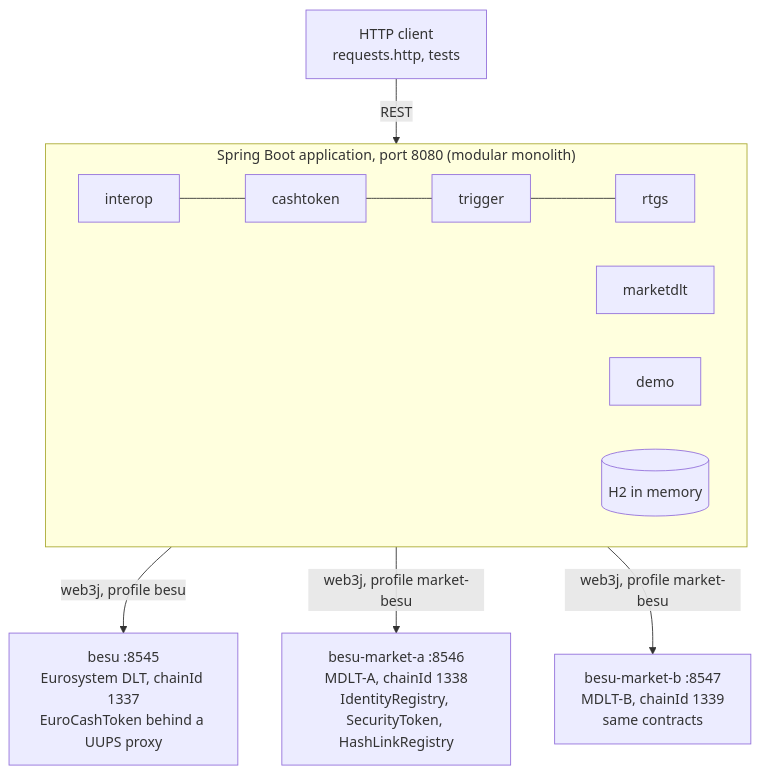
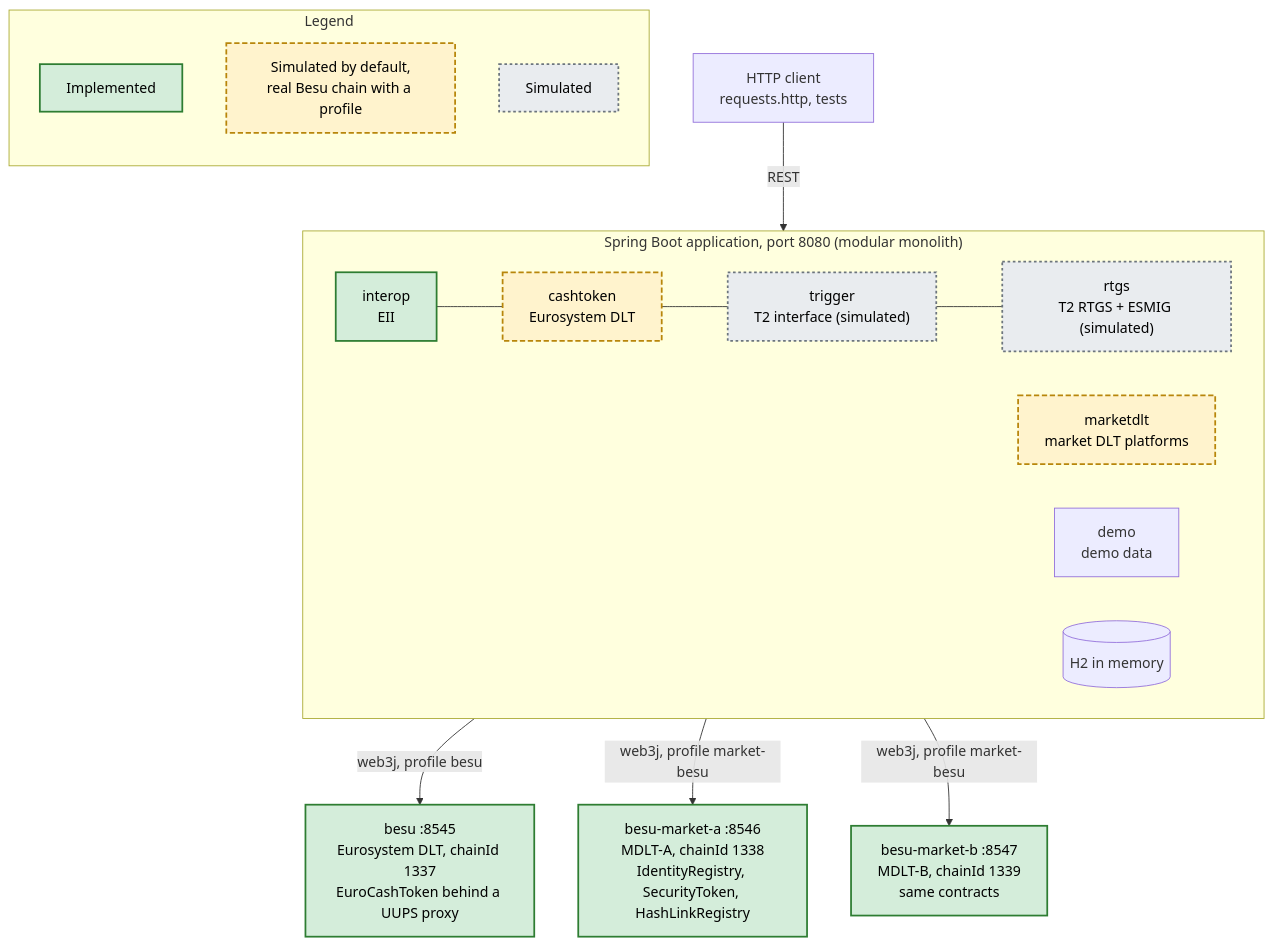
The second of 7 diagrams in README.md (Bonnai2112/pontes-dlt-settlement), drawn with Mermaid before and after one commit. The commit also changed other lines of this file, not shown here.

Commit message:
docs(readme): show simulated components in the architecture diagrams
Style each component as implemented, simulated by default with a Besu
profile, or simulated, and add a legend to both diagrams.

````diff
--- a/README.md
+++ b/README.md
@@ -82,19 +97,32 @@
 ```mermaid
 flowchart TB
     client["HTTP client<br/>requests.http, tests"]
     subgraph app["Spring Boot application, port 8080 (modular monolith)"]
         direction LR
-        interop["interop"] --- cashtoken["cashtoken"] --- trigger["trigger"] --- rtgs["rtgs"]
-        marketdlt["marketdlt"]
-        demo["demo"]
+        interop["interop<br/>EII"] --- cashtoken["cashtoken<br/>Eurosystem DLT"] --- trigger["trigger<br/>T2 interface (simulated)"] --- rtgs["rtgs<br/>T2 RTGS + ESMIG (simulated)"]
+        marketdlt["marketdlt<br/>market DLT platforms"]
+        demo["demo<br/>demo data"]
         h2[("H2 in memory")]
     end
     besu["besu :8545<br/>Eurosystem DLT, chainId 1337<br/>EuroCashToken behind a UUPS proxy"]
     ma["besu-market-a :8546<br/>MDLT-A, chainId 1338<br/>IdentityRegistry, SecurityToken, HashLinkRegistry"]
     mb["besu-market-b :8547<br/>MDLT-B, chainId 1339<br/>same contracts"]
+    subgraph legend["Legend"]
+        direction TB
+        l1["Implemented"]:::implemented
+        l2["Simulated by default,<br/>real Besu chain with a profile"]:::switchable
+        l3["Simulated"]:::simulated
+    end
 
     client -->|"REST"| app
     cashtoken -->|"web3j, profile besu"| besu
     marketdlt -->|"web3j, profile market-besu"| ma
     marketdlt -->|"web3j, profile market-besu"| mb
+
+    class interop,besu,ma,mb implemented
+    class cashtoken,marketdlt switchable
+    class trigger,rtgs simulated
+    classDef implemented fill:#d4edda,stroke:#2e7d32,stroke-width:2px,color:#000
+    classDef switchable fill:#fff3cd,stroke:#b8860b,stroke-width:2px,stroke-dasharray:6 3,color:#000
+    classDef simulated fill:#e9ecef,stroke:#6c757d,stroke-width:2px,stroke-dasharray:3 3,color:#000
 ```
````
